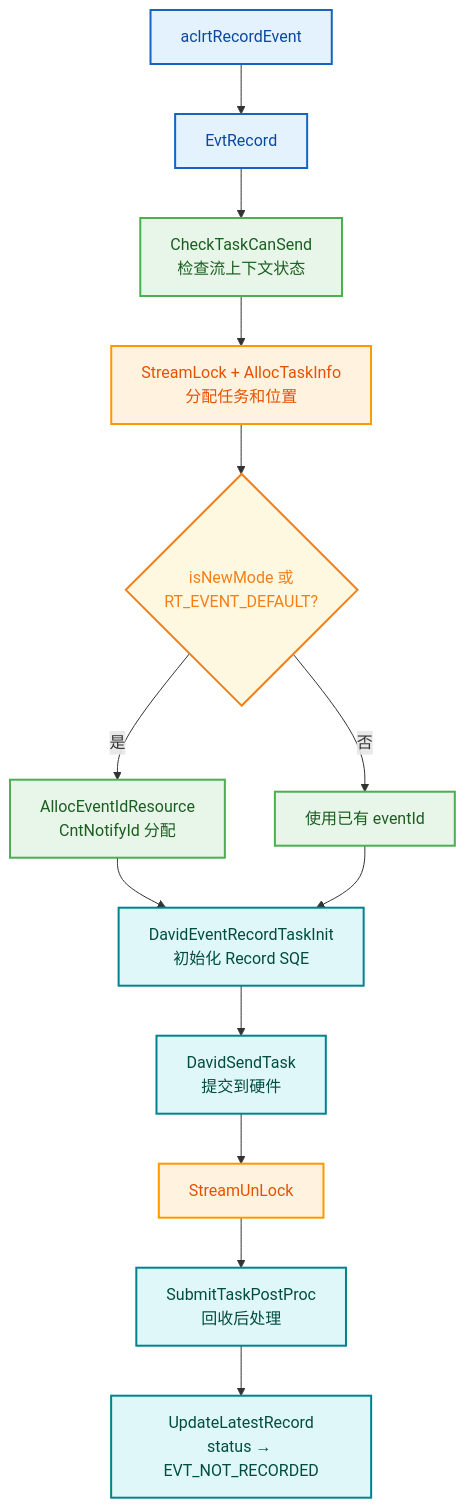
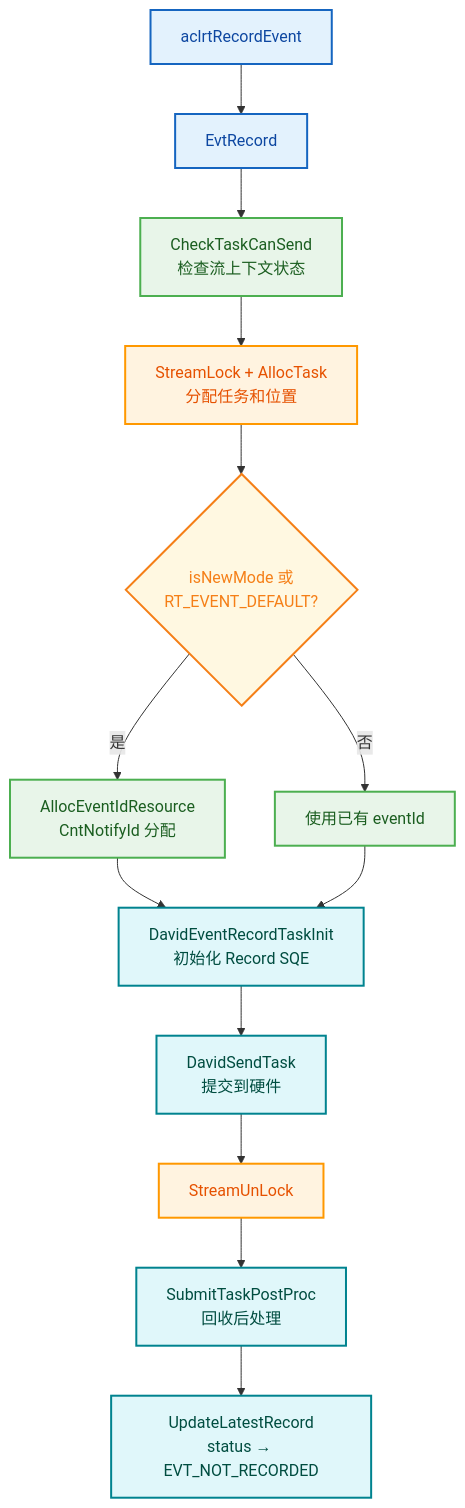
The third of 11 diagrams in docs/zh/design/modules/event/event.md (hicann/runtime), drawn with Mermaid before and after one commit. The commit also changed other lines of this file and 6 other files, not shown here.

````diff
--- a/docs/zh/design/modules/event/event.md
+++ b/docs/zh/design/modules/event/event.md
@@ -187,23 +187,23 @@
 ```mermaid
 
 flowchart TD
     classDef userStyle fill:#E3F2FD,stroke:#1565C0,stroke-width:2px,color:#0D47A1
     classDef lockStyle fill:#FFF3E0,stroke:#FF9800,stroke-width:2px,color:#E65100
     classDef allocStyle fill:#E8F5E9,stroke:#4CAF50,stroke-width:2px,color:#1B5E20
     classDef decisionStyle fill:#FFF8E1,stroke:#F57F17,stroke-width:2px,color:#F57F17
     classDef successStyle fill:#E0F7FA,stroke:#00838F,stroke-width:2px,color:#004D40
 
     A["aclrtRecordEvent"]:::userStyle --> B["EvtRecord"]:::userStyle
     B --> C["CheckTaskCanSend<br/>检查流上下文状态"]:::allocStyle
-    C --> D["StreamLock + AllocTaskInfo<br/>分配任务和位置"]:::lockStyle
+    C --> D["StreamLock + AllocTask<br/>分配任务和位置"]:::lockStyle
     D --> E{"isNewMode 或<br/>RT_EVENT_DEFAULT?"}:::decisionStyle
     E -->|是| F["AllocEventIdResource<br/>CntNotifyId 分配"]:::allocStyle
     E -->|否| G["使用已有 eventId"]:::allocStyle
     F --> H["DavidEventRecordTaskInit<br/>初始化 Record SQE"]:::successStyle
     G --> H
     H --> I["DavidSendTask<br/>提交到硬件"]:::successStyle
     I --> J["StreamUnLock"]:::lockStyle
     J --> K["SubmitTaskPostProc<br/>回收后处理"]:::successStyle
     K --> L["UpdateLatestRecord<br/>status → EVT_NOT_RECORDED"]:::successStyle
 
 ```
````
